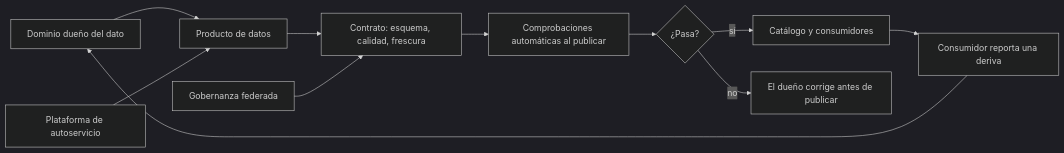
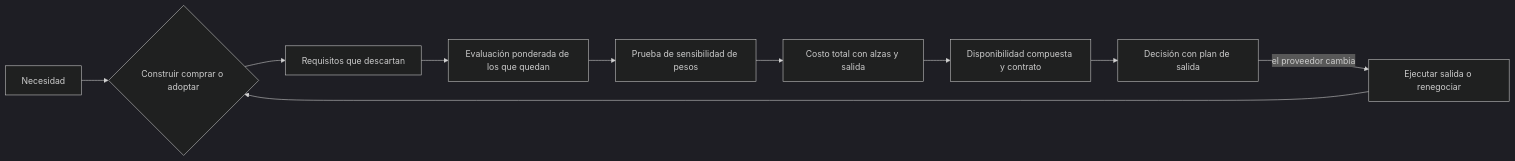
One commit to vladimiracunadev-create/modern-software-engineering-program changed the diagram in content/part-44/SE-535.md. Above: the diagram before and after it, drawn with Mermaid (dark theme). The commit also changed other lines of this file and 5193 other files, not shown here.

````diff
--- a/content/part-44/SE-535.md
+++ b/content/part-44/SE-535.md
@@ -58,13 +56,12 @@
 ```mermaid
 flowchart LR
-    A[Dominio dueño del dato] --> B[Producto de datos]
-    B --> C[Contrato: esquema, calidad, frescura]
-    C --> D[Comprobaciones automáticas al publicar]
-    D --> E{¿Pasa?}
-    E -->|sí| F[Catálogo y consumidores]
-    E -->|no| G[El dueño corrige antes de publicar]
-    H[Plataforma de autoservicio] --> B
-    I[Gobernanza federada] --> C
-    F --> J[Consumidor reporta una deriva]
-    J --> A
+    A[Necesidad] --> B{Construir comprar o adoptar}
+    B --> C[Requisitos que descartan]
+    C --> D[Evaluación ponderada de los que quedan]
+    D --> E[Prueba de sensibilidad de pesos]
+    E --> F[Costo total con alzas y salida]
+    F --> G[Disponibilidad compuesta y contrato]
+    G --> H[Decisión con plan de salida]
+    H -->|el proveedor cambia| I[Ejecutar salida o renegociar]
+    I --> B
 ```
````
